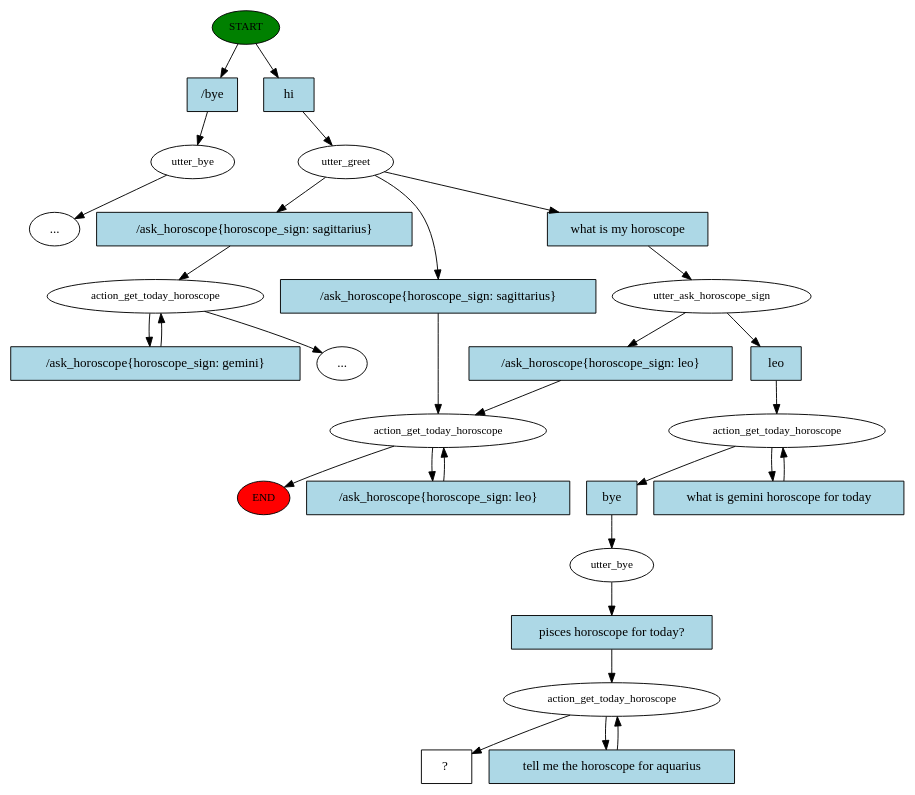
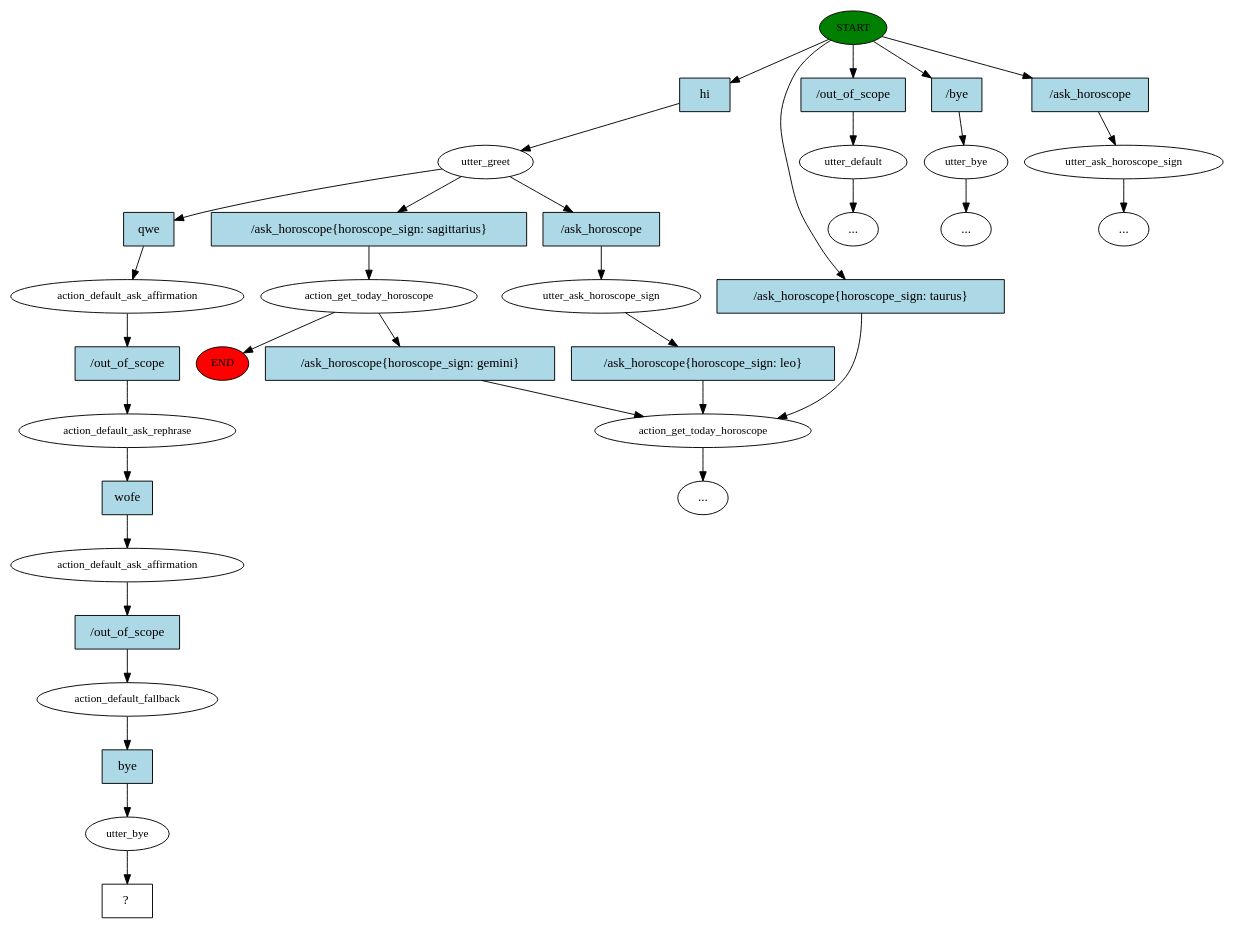
The diagram in story_graph.dot (dwncy/ho-bot), drawn with Graphviz before and after one commit. The commit also changed 7 other files, not shown here.

```diff
--- a/story_graph.dot
+++ b/story_graph.dot
@@ -1,58 +1,69 @@
 digraph  {
 0 [class="start active", fillcolor=green, fontsize=12, label=START, style=filled];
 "-1" [class=end, fillcolor=red, fontsize=12, label=END, style=filled];
-1 [class="", fontsize=12, label=utter_bye];
-"-3" [class=ellipsis, label="..."];
-2 [class=active, fontsize=12, label=utter_greet];
-3 [class=active, fontsize=12, label=utter_ask_horoscope_sign];
-4 [class="", fontsize=12, label=action_get_today_horoscope];
-12 [class="", fontsize=12, label=action_get_today_horoscope];
+1 [class=active, fontsize=12, label=utter_greet];
+2 [class="", fontsize=12, label=utter_ask_horoscope_sign];
+3 [class="", fontsize=12, label=action_get_today_horoscope];
+4 [class="", fontsize=12, label=utter_default];
 "-4" [class=ellipsis, label="..."];
-16 [class=active, fontsize=12, label=action_get_today_horoscope];
-18 [class=active, fontsize=12, label=utter_bye];
-19 [class=active, fontsize=12, label=action_get_today_horoscope];
-21 [class="intent dashed active", label="  ?  ", shape=rect];
-22 [class=intent, fillcolor=lightblue, label="/bye", shape=rect, style=filled];
-23 [class="intent active", fillcolor=lightblue, label=hi, shape=rect, style=filled];
-24 [class="intent active", fillcolor=lightblue, label="what is my horoscope", shape=rect, style=filled];
-25 [class=intent, fillcolor=lightblue, label="/ask_horoscope{horoscope_sign: sagittarius}", shape=rect, style=filled];
-26 [class=intent, fillcolor=lightblue, label="/ask_horoscope{horoscope_sign: sagittarius}", shape=rect, style=filled];
-27 [class=intent, fillcolor=lightblue, label="/ask_horoscope{horoscope_sign: leo}", shape=rect, style=filled];
-28 [class="intent active", fillcolor=lightblue, label=leo, shape=rect, style=filled];
-29 [class=intent, fillcolor=lightblue, label="/ask_horoscope{horoscope_sign: leo}", shape=rect, style=filled];
-30 [class=intent, fillcolor=lightblue, label="/ask_horoscope{horoscope_sign: gemini}", shape=rect, style=filled];
-31 [class="intent active", fillcolor=lightblue, label=bye, shape=rect, style=filled];
-32 [class="intent active", fillcolor=lightblue, label="what is gemini horoscope for today", shape=rect, style=filled];
-33 [class="intent active", fillcolor=lightblue, label="pisces horoscope for today?", shape=rect, style=filled];
-34 [class="intent active", fillcolor=lightblue, label="tell me the horoscope for aquarius", shape=rect, style=filled];
-0 -> 22  [class="", key=0];
-0 -> 23  [class=active, key=0];
-1 -> "-3"  [class="", key=NONE, label=""];
-2 -> 24  [class=active, key=0];
-2 -> 25  [class="", key=0];
-2 -> 26  [class="", key=0];
-3 -> 27  [class="", key=0];
-3 -> 28  [class=active, key=0];
-4 -> "-1"  [class="", key=NONE, label=""];
-4 -> 29  [class="", key=0];
-12 -> "-4"  [class="", key=NONE, label=""];
-12 -> 30  [class="", key=0];
-16 -> 31  [class=active, key=0];
-16 -> 32  [class=active, key=0];
-18 -> 33  [class=active, key=0];
-19 -> 21  [class=active, key=NONE, label=""];
-19 -> 34  [class=active, key=0];
-22 -> 1  [class="", key=0];
-23 -> 2  [class=active, key=0];
-24 -> 3  [class=active, key=0];
-25 -> 12  [class="", key=0];
-26 -> 4  [class="", key=0];
-27 -> 4  [class="", key=0];
-28 -> 16  [class=active, key=0];
+5 [class="", fontsize=12, label=utter_bye];
+"-5" [class=ellipsis, label="..."];
+6 [class="", fontsize=12, label=utter_ask_horoscope_sign];
+"-8" [class=ellipsis, label="..."];
+17 [class="", fontsize=12, label=action_get_today_horoscope];
+"-12" [class=ellipsis, label="..."];
+22 [class=active, fontsize=12, label=action_default_ask_affirmation];
+23 [class=active, fontsize=12, label=action_default_ask_rephrase];
+24 [class=active, fontsize=12, label=action_default_ask_affirmation];
+25 [class=active, fontsize=12, label=action_default_fallback];
+26 [class=active, fontsize=12, label=utter_bye];
+27 [class="intent dashed active", label="  ?  ", shape=rect];
+28 [class="intent active", fillcolor=lightblue, label=hi, shape=rect, style=filled];
+29 [class=intent, fillcolor=lightblue, label="/out_of_scope", shape=rect, style=filled];
+30 [class=intent, fillcolor=lightblue, label="/bye", shape=rect, style=filled];
+31 [class=intent, fillcolor=lightblue, label="/ask_horoscope", shape=rect, style=filled];
+32 [class=intent, fillcolor=lightblue, label="/ask_horoscope{horoscope_sign: taurus}", shape=rect, style=filled];
+33 [class=intent, fillcolor=lightblue, label="/ask_horoscope", shape=rect, style=filled];
+34 [class=intent, fillcolor=lightblue, label="/ask_horoscope{horoscope_sign: sagittarius}", shape=rect, style=filled];
+35 [class="intent active", fillcolor=lightblue, label=qwe, shape=rect, style=filled];
+36 [class=intent, fillcolor=lightblue, label="/ask_horoscope{horoscope_sign: leo}", shape=rect, style=filled];
+37 [class=intent, fillcolor=lightblue, label="/ask_horoscope{horoscope_sign: gemini}", shape=rect, style=filled];
+38 [class="intent active", fillcolor=lightblue, label="/out_of_scope", shape=rect, style=filled];
+39 [class="intent active", fillcolor=lightblue, label=wofe, shape=rect, style=filled];
+40 [class="intent active", fillcolor=lightblue, label="/out_of_scope", shape=rect, style=filled];
+41 [class="intent active", fillcolor=lightblue, label=bye, shape=rect, style=filled];
+0 -> 28  [class=active, key=0];
+0 -> 29  [class="", key=0];
+0 -> 30  [class="", key=0];
+0 -> 31  [class="", key=0];
+0 -> 32  [class="", key=0];
+1 -> 33  [class="", key=0];
+1 -> 34  [class="", key=0];
+1 -> 35  [class=active, key=0];
+2 -> 36  [class="", key=0];
+3 -> "-12"  [class="", key=NONE, label=""];
+4 -> "-4"  [class="", key=NONE, label=""];
+5 -> "-5"  [class="", key=NONE, label=""];
+6 -> "-8"  [class="", key=NONE, label=""];
+17 -> "-1"  [class="", key=NONE, label=""];
+17 -> 37  [class="", key=0];
+22 -> 38  [class=active, key=0];
+23 -> 39  [class=active, key=0];
+24 -> 40  [class=active, key=0];
+25 -> 41  [class=active, key=0];
+26 -> 27  [class=active, key=NONE, label=""];
+28 -> 1  [class=active, key=0];
 29 -> 4  [class="", key=0];
-30 -> 12  [class="", key=0];
-31 -> 18  [class=active, key=0];
-32 -> 16  [class=active, key=0];
-33 -> 19  [class=active, key=0];
-34 -> 19  [class=active, key=0];
+30 -> 5  [class="", key=0];
+31 -> 6  [class="", key=0];
+32 -> 3  [class="", key=0];
+33 -> 2  [class="", key=0];
+34 -> 17  [class="", key=0];
+35 -> 22  [class=active, key=0];
+36 -> 3  [class="", key=0];
+37 -> 3  [class="", key=0];
+38 -> 23  [class=active, key=0];
+39 -> 24  [class=active, key=0];
+40 -> 25  [class=active, key=0];
+41 -> 26  [class=active, key=0];
 }
```
